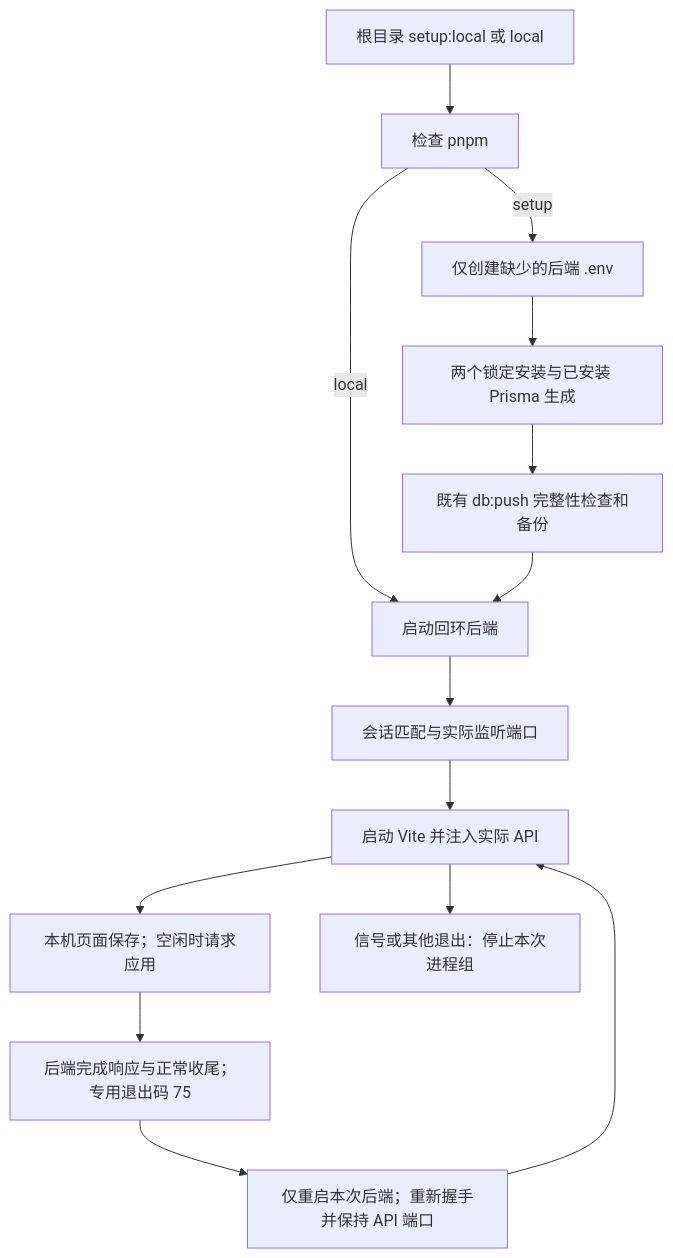
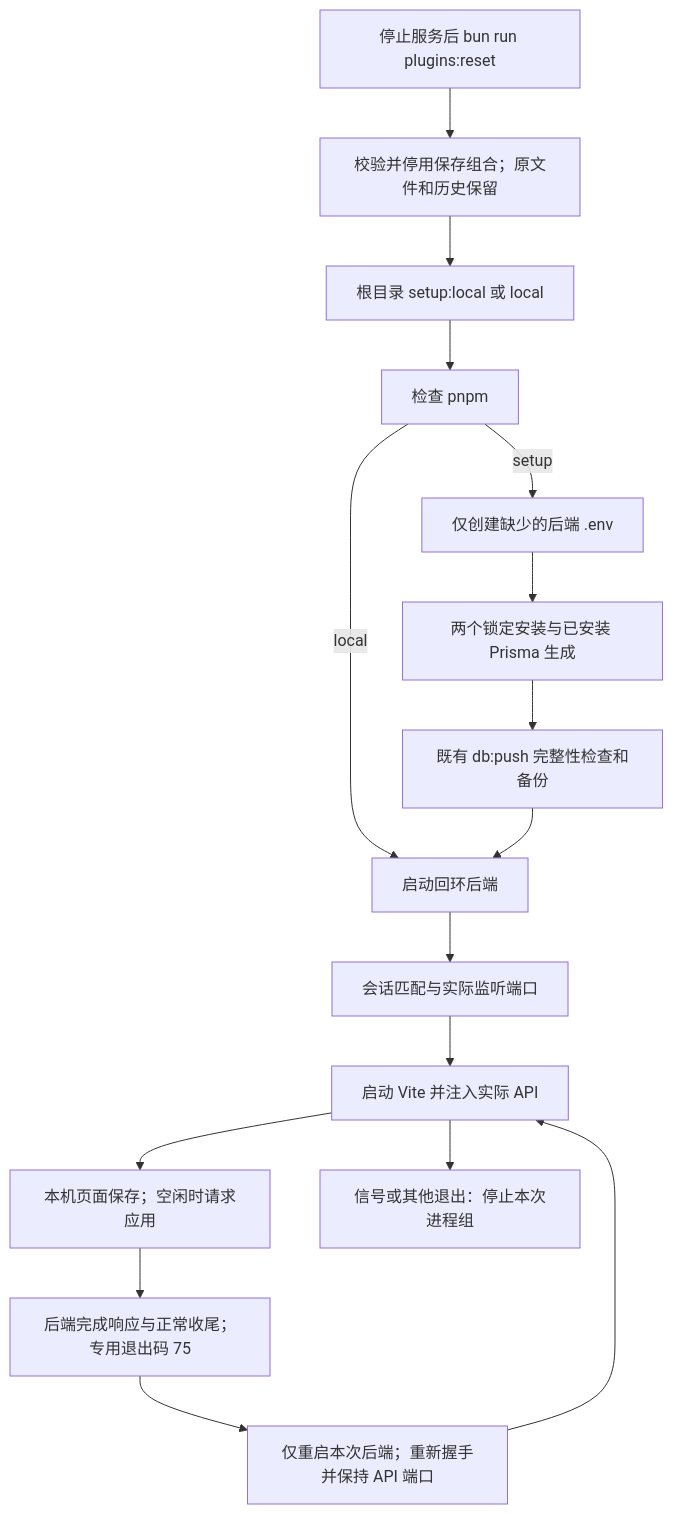
The diagram in scripts/local/FEATURE.md (KlayPeter/AI-Delivery-Ops-Agent), drawn with Mermaid before and after one commit. The commit also changed other lines of this file and 37 other files, not shown here.

````diff
--- a/scripts/local/FEATURE.md
+++ b/scripts/local/FEATURE.md
@@ -19,16 +19,18 @@
 ```mermaid
 flowchart TD
+    RESET[停止服务后 bun run plugins:reset] --> DISABLE[校验并停用保存组合；原文件和历史保留]
+    DISABLE --> ROOT
     ROOT[根目录 setup:local 或 local] --> CHECK[检查 pnpm]
     CHECK -- setup --> ENV[仅创建缺少的后端 .env]
     ENV --> INSTALL[两个锁定安装与已安装 Prisma 生成]
     INSTALL --> DB[既有 db:push 完整性检查和备份]
     CHECK -- local --> START[启动回环后端]
     DB --> START
     START --> OWN[会话匹配与实际监听端口]
     OWN --> UI[启动 Vite 并注入实际 API]
     UI --> APPLY[本机页面保存；空闲时请求应用]
     APPLY --> EXIT[后端完成响应与正常收尾；专用退出码 75]
     EXIT --> RESTART[仅重启本次后端；重新握手并保持 API 端口]
     RESTART --> UI
     UI --> STOP[信号或其他退出：停止本次进程组]
 ```
````
